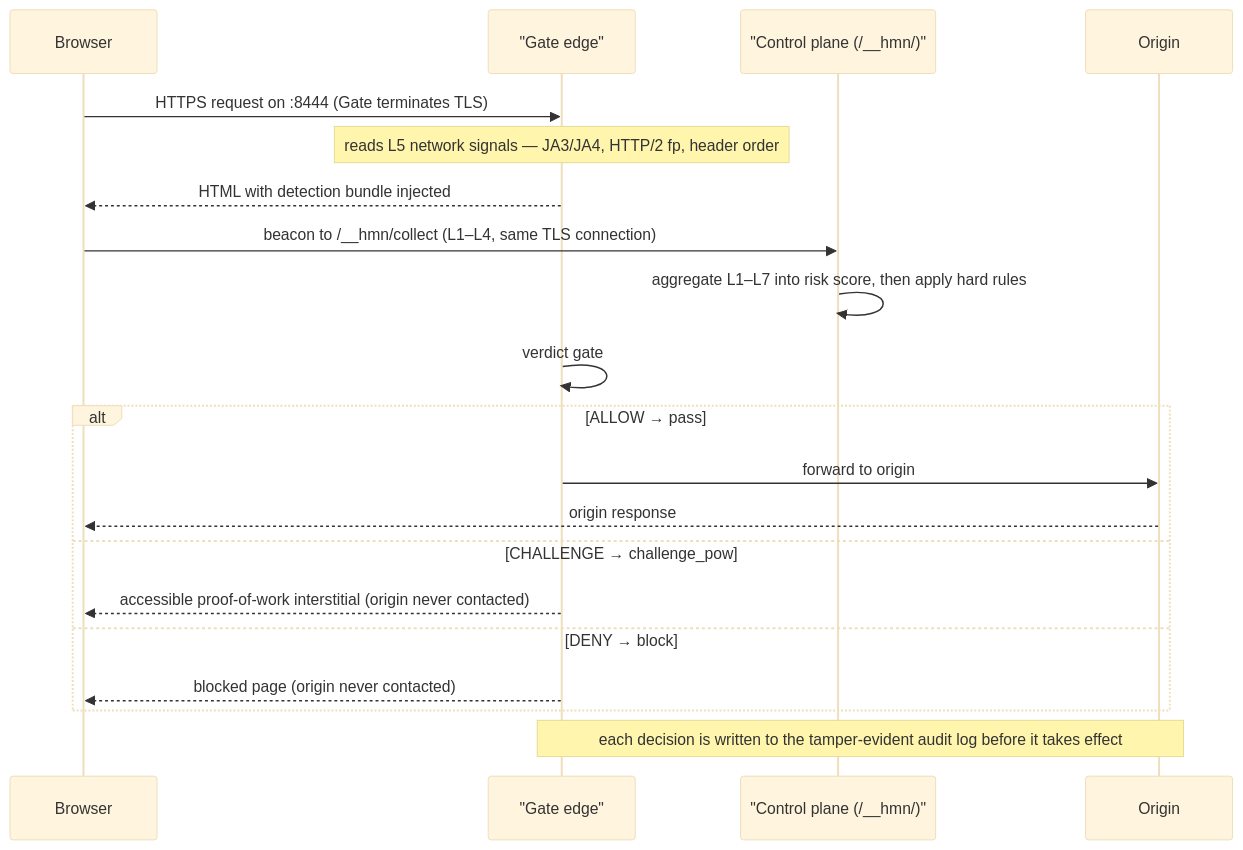
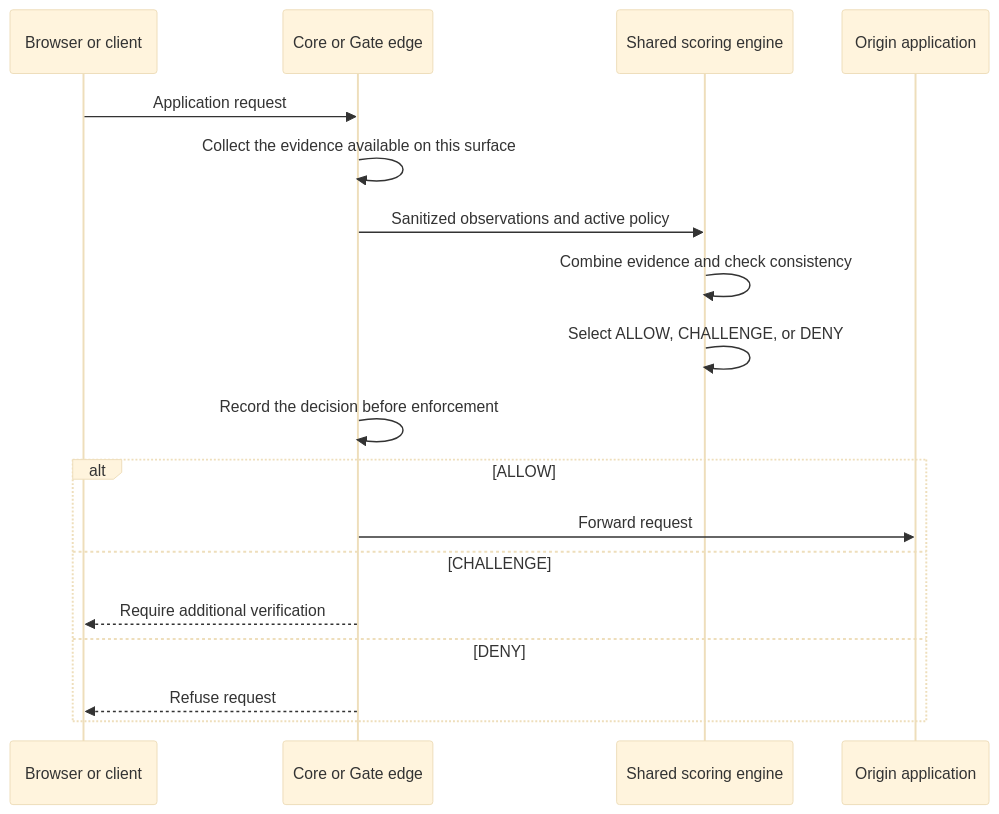
The diagram in docs/concepts/how-gate-sees-a-request.md (modootoday/humanymous), drawn with Mermaid (base theme) before and after one commit. The commit also changed other lines of this file and 62 other files, not shown here.

````diff
--- a/docs/concepts/how-gate-sees-a-request.md
+++ b/docs/concepts/how-gate-sees-a-request.md
@@ -34,22 +34,20 @@
 ```mermaid
 sequenceDiagram
-  participant B as Browser
-  participant G as "Gate edge"
-  participant C as "Control plane (/__hmn/)"
-  participant O as Origin
-  B->>G: HTTPS request on :8444 (Gate terminates TLS)
-  Note over G: reads L5 network signals — JA3/JA4, HTTP/2 fp, header order
-  G-->>B: HTML with detection bundle injected
-  B->>C: beacon to /__hmn/collect (L1–L4, same TLS connection)
-  C->>C: aggregate L1–L7 into risk score, then apply hard rules
-  G->>G: verdict gate
-  alt ALLOW → pass
-    G->>O: forward to origin
-    O-->>B: origin response
-  else CHALLENGE → challenge_pow
-    G-->>B: accessible proof-of-work interstitial (origin never contacted)
-  else DENY → block
-    G-->>B: blocked page (origin never contacted)
+  participant B as Browser or client
+  participant E as Core or Gate edge
+  participant S as Shared scoring engine
+  participant O as Origin application
+  B->>E: Application request
+  E->>E: Collect the evidence available on this surface
+  E->>S: Sanitized observations and active policy
+  S->>S: Combine evidence and check consistency
+  S->>S: Select ALLOW, CHALLENGE, or DENY
+  E->>E: Record the decision before enforcement
+  alt ALLOW
+    E->>O: Forward request
+  else CHALLENGE
+    E-->>B: Require additional verification
+  else DENY
+    E-->>B: Refuse request
   end
-  Note over G,O: each decision is written to the tamper-evident audit log before it takes effect
 ```
````
